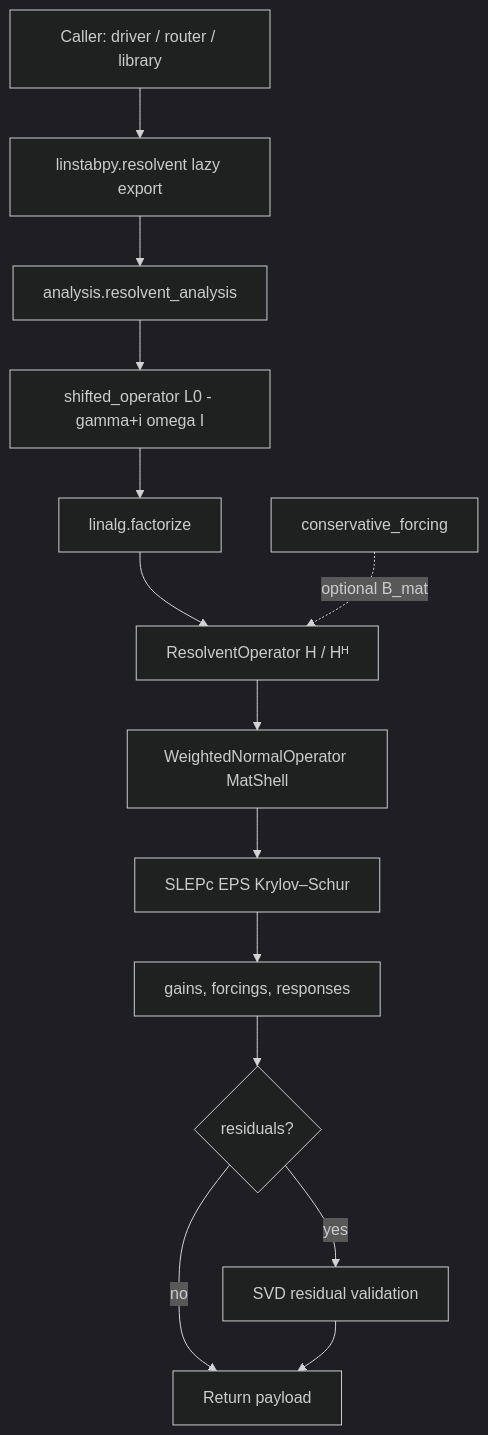
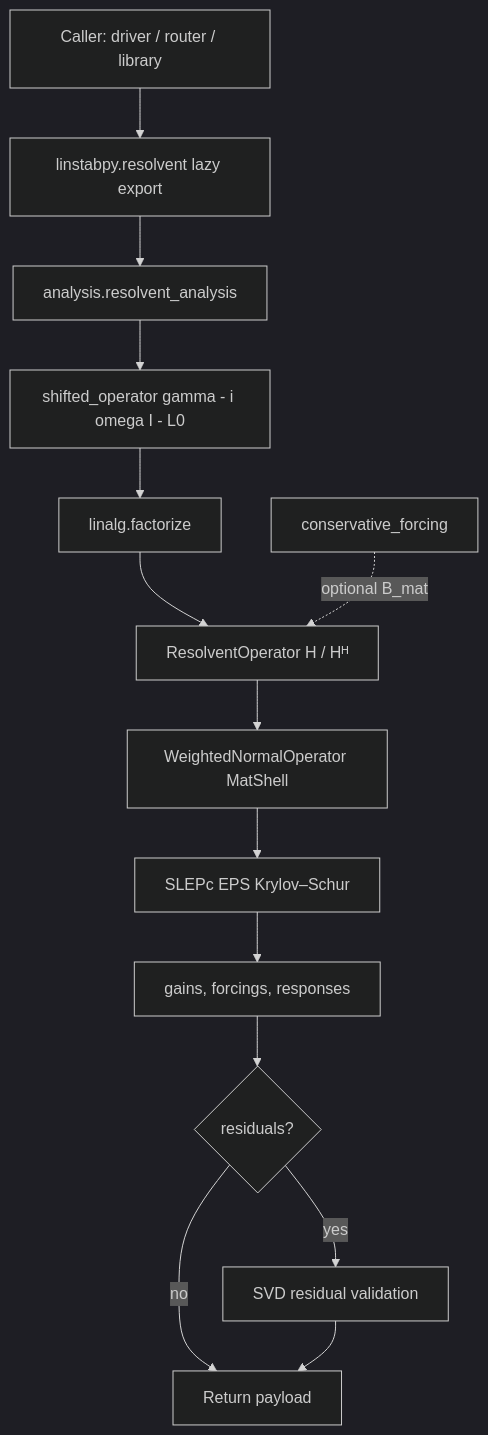
One commit to openfluids/linstabpy changed the first of 3 diagrams in wiki/modules/resolvent-analysis.md. Above: the diagram before and after it, drawn with Mermaid (dark theme). The commit also changed other lines of this file and 14 other files, not shown here.

````diff
--- a/wiki/modules/resolvent-analysis.md
+++ b/wiki/modules/resolvent-analysis.md
@@ -65,16 +65,16 @@
 ```mermaid
 flowchart TD
   A[Caller: driver / router / library] --> B[linstabpy.resolvent lazy export]
   B --> C[analysis.resolvent_analysis]
-  C --> D[shifted_operator L0 - gamma+i omega I]
+  C --> D[shifted_operator gamma - i omega I - L0]
   D --> E[linalg.factorize]
   E --> F[ResolventOperator H / Hᴴ]
   F --> G[WeightedNormalOperator MatShell]
   G --> H[SLEPc EPS Krylov–Schur]
   H --> I[gains, forcings, responses]
   I --> J{residuals?}
   J -->|yes| K[SVD residual validation]
   J -->|no| L[Return payload]
   K --> L
   M[conservative_forcing] -.->|optional B_mat| F
 ```
````
